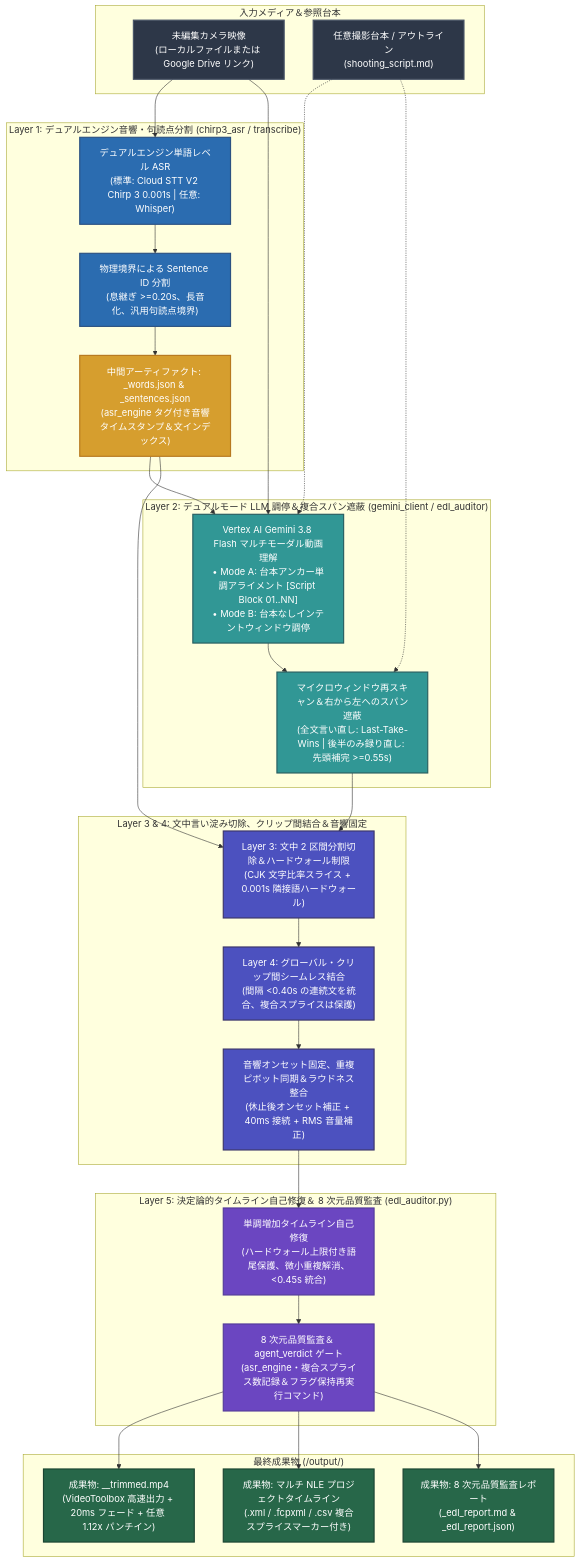
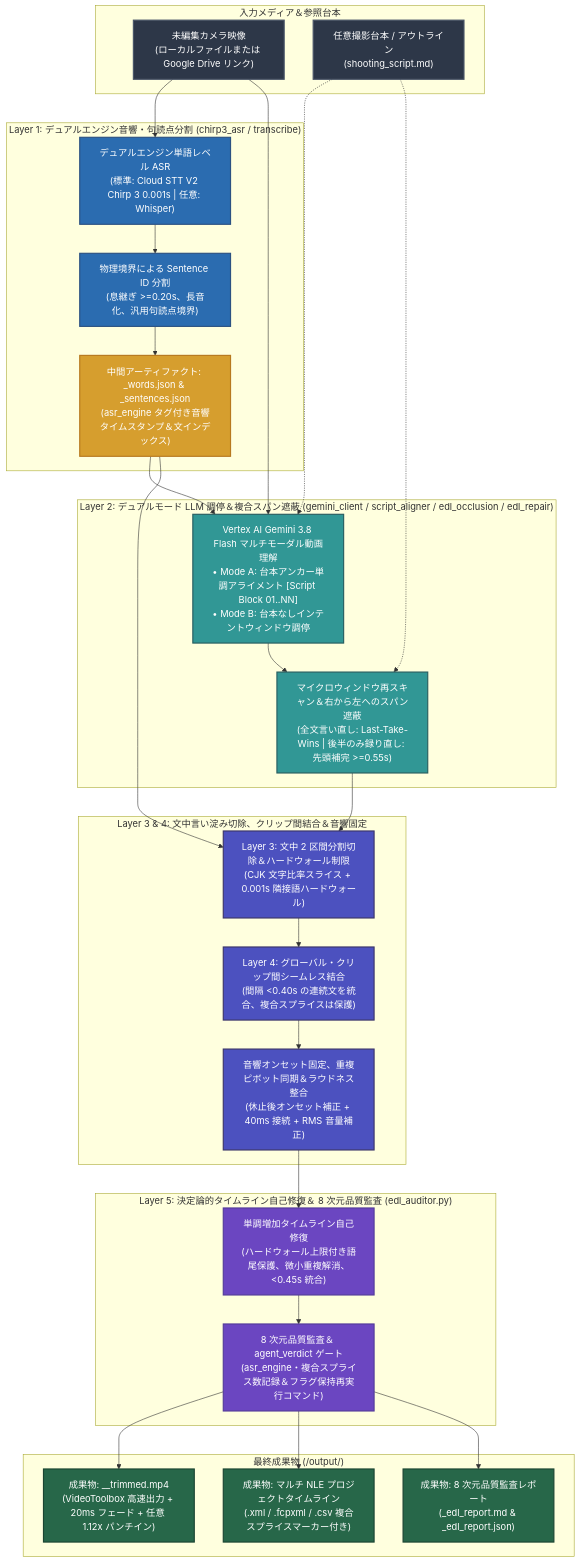
One commit to sylphlin/video-trimmer changed the diagram in README.ja.md. Above: the diagram before and after it, drawn with Mermaid. The commit also changed other lines of this file and 15 other files, not shown here.

Commit message:
refactor: split edl_auditor into script_aligner, edl_occlusion, edl_repair, and edl_auditor

````diff
--- a/README.ja.md
+++ b/README.ja.md
@@ -20,59 +20,59 @@
 ```mermaid
 flowchart TD
     classDef inputStyle fill:#2D3748,stroke:#4A5568,stroke-width:2px,color:#fff;
     classDef stage1Style fill:#2B6CB0,stroke:#2C5282,stroke-width:2px,color:#fff;
     classDef stage2Style fill:#319795,stroke:#285E61,stroke-width:2px,color:#fff;
     classDef stage3Style fill:#4C51BF,stroke:#3C366B,stroke-width:2px,color:#fff;
     classDef stage4Style fill:#6B46C1,stroke:#553C9A,stroke-width:2px,color:#fff;
     classDef artifactStyle fill:#D69E2E,stroke:#B7791F,stroke-width:2px,color:#fff;
     classDef outputStyle fill:#276749,stroke:#1C4532,stroke-width:2px,color:#fff;
 
     subgraph Inputs["入力メディア＆参照台本"]
         IN["未編集カメラ映像<br/>(ローカルファイルまたは Google Drive リンク)"]:::inputStyle
         SC["任意撮影台本 / アウトライン<br/>(shooting_script.md)"]:::inputStyle
     end
 
     subgraph L1["Layer 1: デュアルエンジン音響・句読点分割 (chirp3_asr / transcribe)"]
         W_ASR["デュアルエンジン単語レベル ASR<br/>(標準: Cloud STT V2 Chirp 3 0.001s | 任意: Whisper)"]:::stage1Style
         S_SEG["物理境界による Sentence ID 分割<br/>(息継ぎ >=0.20s、長音化、汎用句読点境界)"]:::stage1Style
         W_JSON["中間アーティファクト: <basename>_words.json & _sentences.json<br/>(asr_engine タグ付き音響タイムスタンプ＆文インデックス)"]:::artifactStyle
         W_ASR --> S_SEG --> W_JSON
     end
 
-    subgraph L2["Layer 2: デュアルモード LLM 調停＆複合スパン遮蔽 (gemini_client / edl_auditor)"]
+    subgraph L2["Layer 2: デュアルモード LLM 調停＆複合スパン遮蔽 (gemini_client / script_aligner / edl_occlusion / edl_repair)"]
         MODE["Vertex AI Gemini 3.8 Flash マルチモーダル動画理解<br/>• Mode A: 台本アンカー単調アライメント [Script Block 01..NN]<br/>• Mode B: 台本なしインテントウィンドウ調停"]:::stage2Style
         REPAIR["マイクロウィンドウ再スキャン＆右から左へのスパン遮蔽<br/>(全文言い直し: Last-Take-Wins | 後半のみ録り直し: 先頭補完 >=0.55s)"]:::stage2Style
         MODE --> REPAIR
     end
 
     subgraph L3_L4["Layer 3 & 4: 文中言い淀み切除、クリップ間結合＆音響固定"]
         L3["Layer 3: 文中 2 区間分割切除＆ハードウォール制限<br/>(CJK 文字比率スライス + 0.001s 隣接語ハードウォール)"]:::stage3Style
         L4["Layer 4: グローバル・クリップ間シームレス結合<br/>(間隔 <0.40s の連続文を統合、複合スプライスは保護)"]:::stage3Style
         AC["音響オンセット固定、重複ピボット同期＆ラウドネス整合<br/>(休止後オンセット補正 + 40ms 接続 + RMS 音量補正)"]:::stage3Style
         L3 --> L4 --> AC
     end
 
     subgraph L5["Layer 5: 決定論的タイムライン自己修復＆ 8 次元品質監査 (edl_auditor.py)"]
         SAN["単調増加タイムライン自己修復<br/>(ハードウォール上限付き語尾保護、微小重複解消、<0.45s 統合)"]:::stage4Style
         AUD["8 次元品質監査＆ agent_verdict ゲート<br/>(asr_engine・複合スプライス数記録＆フラグ保持再実行コマンド)"]:::stage4Style
         SAN --> AUD
     end
 
     subgraph Deliverables["最終成果物 (<input_dir>/output/)"]
         OUT_MP4["成果物: <basename>_<tag>_trimmed.mp4<br/>(VideoToolbox 高速出力 + 20ms フェード + 任意 1.12x パンチイン)"]:::outputStyle
         OUT_NLE["成果物: マルチ NLE プロジェクトタイムライン<br/>(.xml / .fcpxml / .csv 複合スプライスマーカー付き)"]:::outputStyle
         OUT_REP["成果物: 8 次元品質監査レポート<br/>(_edl_report.md & _edl_report.json)"]:::outputStyle
     end
 
     IN --> W_ASR
     IN --> MODE
     SC -.-> MODE
     W_JSON --> MODE
     SC -.-> REPAIR
     REPAIR --> L3
     W_JSON --> L3
     AC --> SAN
     AUD --> OUT_MP4
     AUD --> OUT_NLE
     AUD --> OUT_REP
 ```
````
